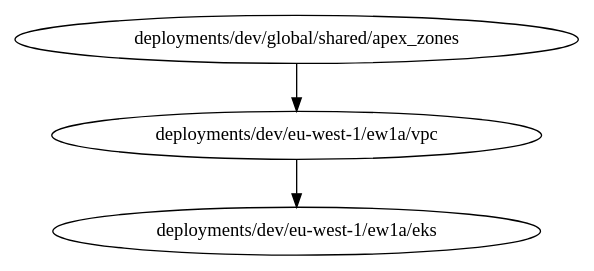
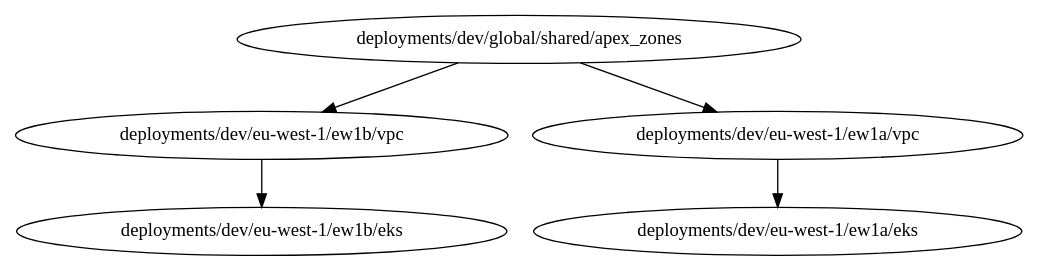
One commit to raffraffraff/terrahiera changed the diagram in tforder.dot. Above: the diagram before and after it, drawn with Graphviz. The commit also changed 8 other files, not shown here.

```diff
--- a/tforder.dot
+++ b/tforder.dot
@@ -1,4 +1,6 @@
 digraph tforder {
+  "deployments/dev/eu-west-1/ew1b/vpc" -> "deployments/dev/eu-west-1/ew1b/eks";
+  "deployments/dev/global/shared/apex_zones" -> "deployments/dev/eu-west-1/ew1b/vpc";
   "deployments/dev/eu-west-1/ew1a/vpc" -> "deployments/dev/eu-west-1/ew1a/eks";
   "deployments/dev/global/shared/apex_zones" -> "deployments/dev/eu-west-1/ew1a/vpc";
 }
```
